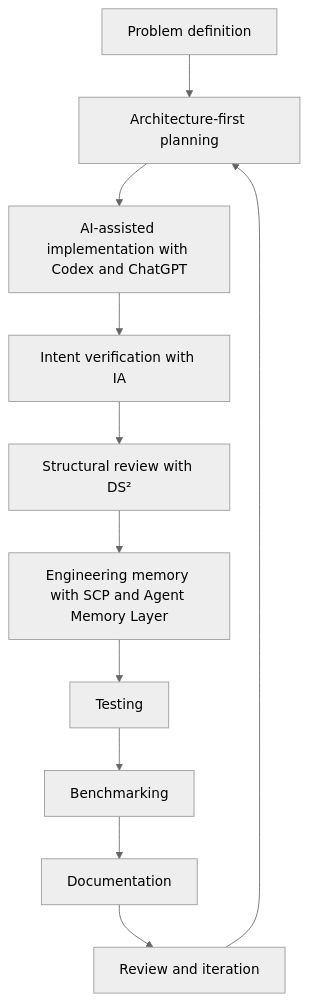
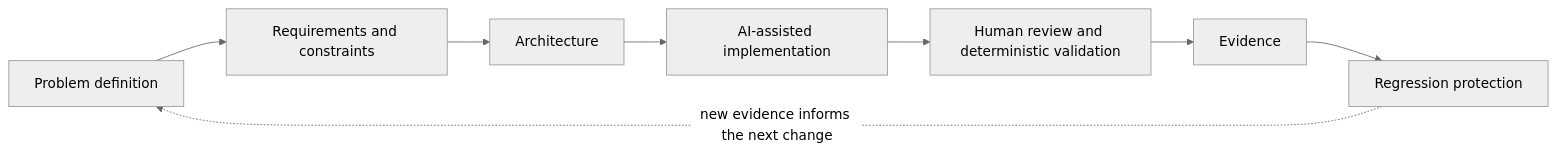
Before and after one commit to ragnarok268/ai-engineering-systems: the diagram in assets/workflow.mmd, drawn with Mermaid (neutral theme). The commit also changed 12 other files, not shown here.

First line of the commit message:
docs: reframe engineering hub around capabilities and evidence

```diff
--- a/assets/workflow.mmd
+++ b/assets/workflow.mmd
@@ -1,11 +1,8 @@
-flowchart TD
-    A[Problem definition] --> B[Architecture-first planning]
-    B --> C[AI-assisted implementation with Codex and ChatGPT]
-    C --> D[Intent verification with IA]
-    D --> E[Structural review with DS²]
-    E --> F[Engineering memory with SCP and Agent Memory Layer]
-    F --> G[Testing]
-    G --> H[Benchmarking]
-    H --> I[Documentation]
-    I --> J[Review and iteration]
-    J --> B
+flowchart LR
+    A["Problem definition"] --> B["Requirements and constraints"]
+    B --> C["Architecture"]
+    C --> D["AI-assisted implementation"]
+    D --> E["Human review and deterministic validation"]
+    E --> F["Evidence"]
+    F --> G["Regression protection"]
+    G -. "new evidence informs the next change" .-> A
```
